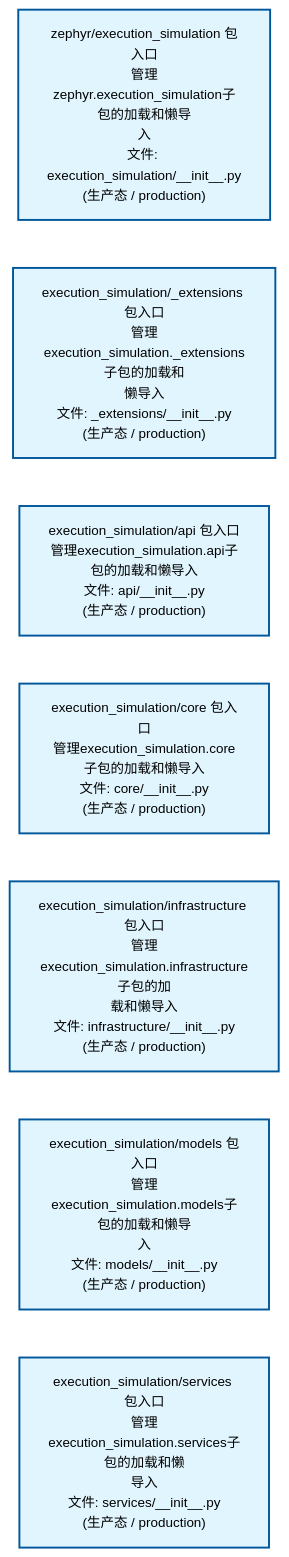
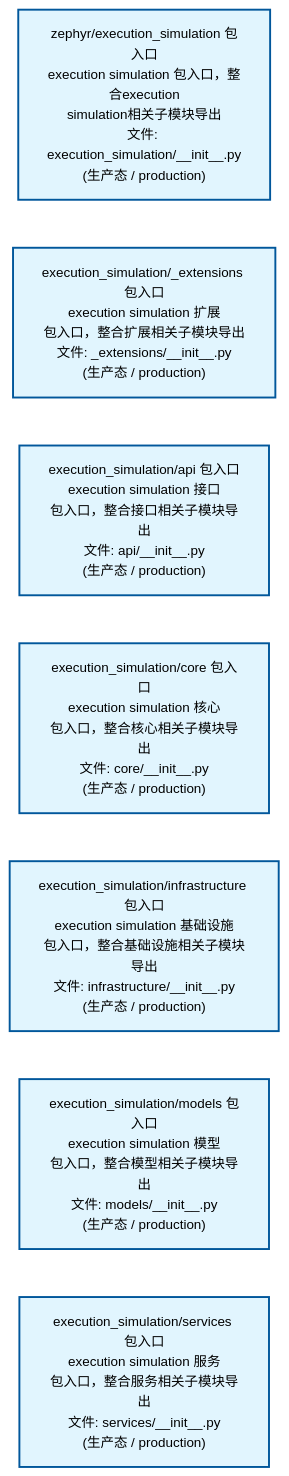
One commit to xuanFelixVan/ZephyrAlpha changed the first of 2 diagrams in docs/02_enterprise_architecture/02_domain_architecture_docs/43_d_exec_sim.md. Above: the diagram before and after it, drawn with Mermaid. The commit also changed other lines of this file and 50 other files, not shown here.

````diff
--- a/docs/02_enterprise_architecture/02_domain_architecture_docs/43_d_exec_sim.md
+++ b/docs/02_enterprise_architecture/02_domain_architecture_docs/43_d_exec_sim.md
@@ -53,22 +53,22 @@
 ```mermaid
 %%{init: {'theme': 'base', 'themeVariables': {'primaryColor': '#eaeaea', 'primaryTextColor': '#333333', 'primaryBorderColor': '#666666', 'lineColor': '#666666', 'secondaryColor': '#eaeaea', 'tertiaryColor': '#eaeaea', 'fontSize': '14px'}}}%%
 flowchart TD
-    src_zephyr_execution_simulation_init_py["zephyr/execution_simulation 包入口<br/>管理zephyr.execution_simulation子包的加载和懒导<br/>入<br/>文件: execution_simulation/__init__.py<br/>(生产态 / production)"]
-    src_zephyr_execution_simulation_extensions_init_py["execution_simulation/_extensions 包入口<br/>管理execution_simulation._extensions子包的加载和<br/>懒导入<br/>文件: _extensions/__init__.py<br/>(生产态 / production)"]
-    src_zephyr_execution_simulation_api_init_py["execution_simulation/api 包入口<br/>管理execution_simulation.api子包的加载和懒导入<br/>文件: api/__init__.py<br/>(生产态 / production)"]
-    src_zephyr_execution_simulation_core_init_py["execution_simulation/core 包入口<br/>管理execution_simulation.core子包的加载和懒导入<br/>文件: core/__init__.py<br/>(生产态 / production)"]
-    src_zephyr_execution_simulation_infrastructure_init_py["execution_simulation/infrastructure 包入口<br/>管理execution_simulation.infrastructure子包的加<br/>载和懒导入<br/>文件: infrastructure/__init__.py<br/>(生产态 / production)"]
-    src_zephyr_execution_simulation_models_init_py["execution_simulation/models 包入口<br/>管理execution_simulation.models子包的加载和懒导<br/>入<br/>文件: models/__init__.py<br/>(生产态 / production)"]
-    src_zephyr_execution_simulation_services_init_py["execution_simulation/services 包入口<br/>管理execution_simulation.services子包的加载和懒<br/>导入<br/>文件: services/__init__.py<br/>(生产态 / production)"]
+    src_zephyr_execution_simulation_init_py["zephyr/execution_simulation 包入口<br/>execution simulation 包入口，整合execution<br/>simulation相关子模块导出<br/>文件: execution_simulation/__init__.py<br/>(生产态 / production)"]
+    src_zephyr_execution_simulation_extensions_init_py["execution_simulation/_extensions 包入口<br/>execution simulation 扩展<br/>包入口，整合扩展相关子模块导出<br/>文件: _extensions/__init__.py<br/>(生产态 / production)"]
+    src_zephyr_execution_simulation_api_init_py["execution_simulation/api 包入口<br/>execution simulation 接口<br/>包入口，整合接口相关子模块导出<br/>文件: api/__init__.py<br/>(生产态 / production)"]
+    src_zephyr_execution_simulation_core_init_py["execution_simulation/core 包入口<br/>execution simulation 核心<br/>包入口，整合核心相关子模块导出<br/>文件: core/__init__.py<br/>(生产态 / production)"]
+    src_zephyr_execution_simulation_infrastructure_init_py["execution_simulation/infrastructure 包入口<br/>execution simulation 基础设施<br/>包入口，整合基础设施相关子模块导出<br/>文件: infrastructure/__init__.py<br/>(生产态 / production)"]
+    src_zephyr_execution_simulation_models_init_py["execution_simulation/models 包入口<br/>execution simulation 模型<br/>包入口，整合模型相关子模块导出<br/>文件: models/__init__.py<br/>(生产态 / production)"]
+    src_zephyr_execution_simulation_services_init_py["execution_simulation/services 包入口<br/>execution simulation 服务<br/>包入口，整合服务相关子模块导出<br/>文件: services/__init__.py<br/>(生产态 / production)"]
     src_zephyr_execution_simulation_init_py ~~~ src_zephyr_execution_simulation_extensions_init_py
     src_zephyr_execution_simulation_extensions_init_py ~~~ src_zephyr_execution_simulation_api_init_py
     src_zephyr_execution_simulation_api_init_py ~~~ src_zephyr_execution_simulation_core_init_py
     src_zephyr_execution_simulation_core_init_py ~~~ src_zephyr_execution_simulation_infrastructure_init_py
     src_zephyr_execution_simulation_infrastructure_init_py ~~~ src_zephyr_execution_simulation_models_init_py
     src_zephyr_execution_simulation_models_init_py ~~~ src_zephyr_execution_simulation_services_init_py
     classDef production fill:#e1f5fe,stroke:#01579b,stroke-width:2px,color:#000
     classDef design fill:#fff3e0,stroke:#e65100,stroke-width:2px,color:#000,stroke-dasharray: 5 5
     classDef external_prod fill:#e8f4fd,stroke:#0277bd,stroke-width:1px,color:#000
     classDef external_design fill:#fff8e7,stroke:#ef6c00,stroke-width:1px,color:#000,stroke-dasharray: 5 5
     class src_zephyr_execution_simulation_init_py,src_zephyr_execution_simulation_extensions_init_py,src_zephyr_execution_simulation_api_init_py,src_zephyr_execution_simulation_core_init_py,src_zephyr_execution_simulation_infrastructure_init_py,src_zephyr_execution_simulation_models_init_py,src_zephyr_execution_simulation_services_init_py production
 ```
````
